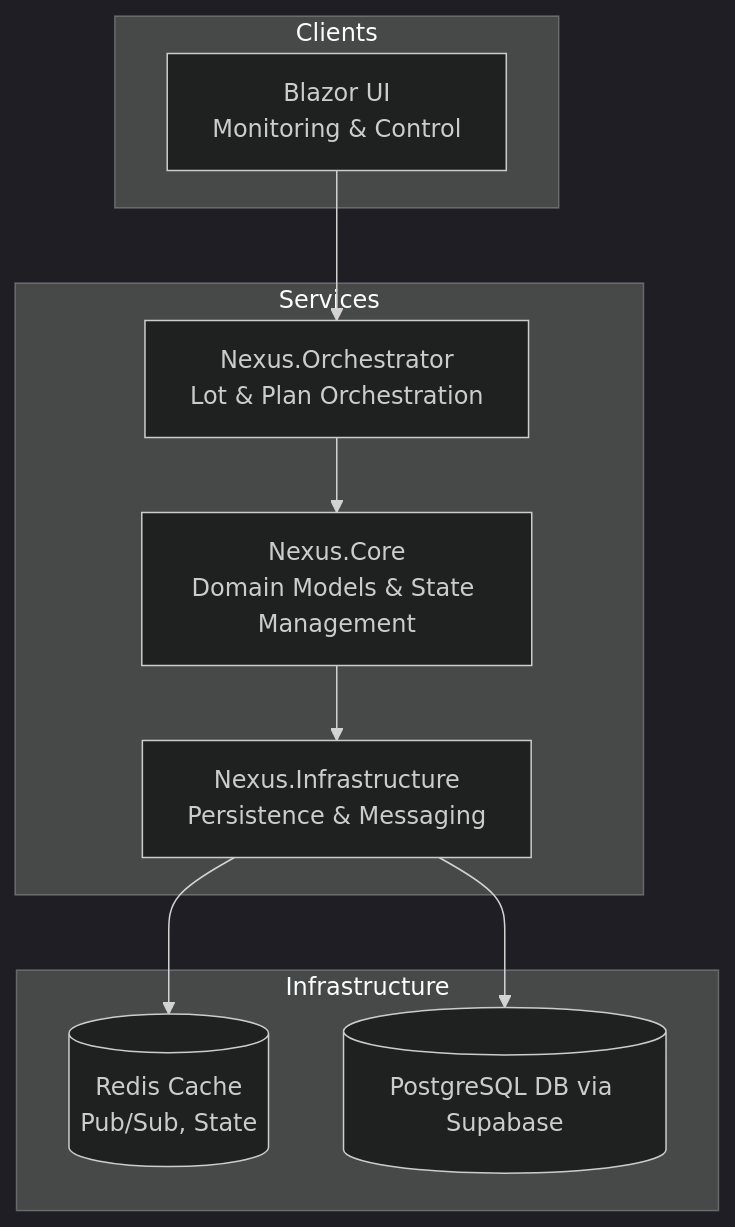
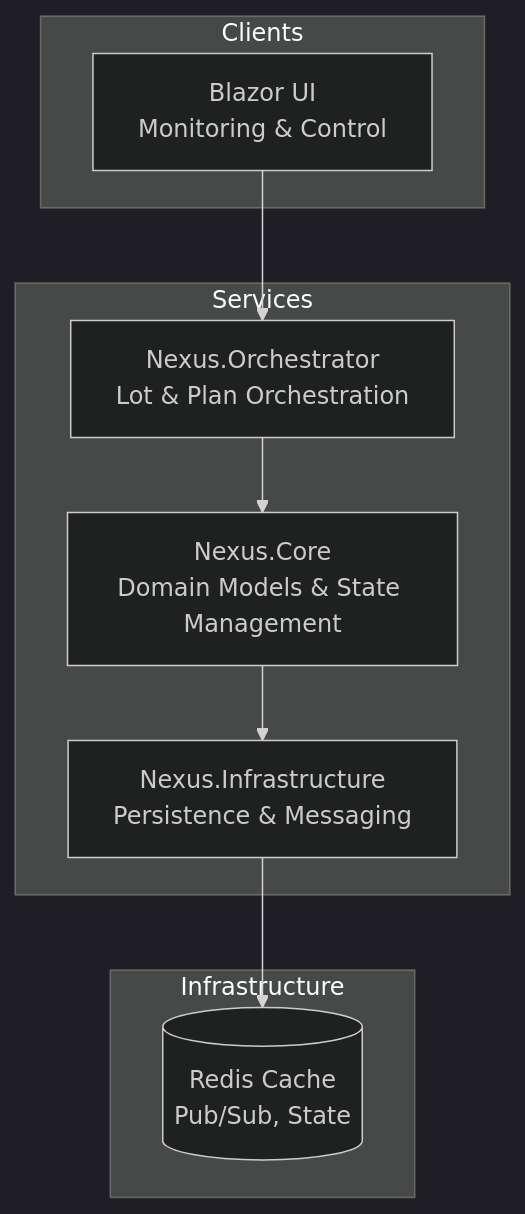
Before and after one commit to seokhoyoun/mcs: the diagram in README.md, drawn with Mermaid (dark theme). The commit also changed other lines of this file and 19 other files, not shown here.

`````diff
--- a/README.md
+++ b/README.md
@@ -23,23 +23,22 @@
 ```mermaid
 graph TD
     subgraph Clients
         UI[Blazor UI<br/>Monitoring & Control]
     end
 
     subgraph Infrastructure
         Redis[(Redis Cache<br/>Pub/Sub, State)]
-        Postgres[(PostgreSQL DB via Supabase)]
     end
 
     subgraph Services
         Orchestrator[Nexus.Orchestrator<br/>Lot & Plan Orchestration]
         Core[Nexus.Core<br/>Domain Models & State Management]
         Infra[Nexus.Infrastructure<br/>Persistence & Messaging]
     end
 
     UI --> Orchestrator
     Orchestrator --> Core
     Core --> Infra
     Infra --> Redis
-    Infra --> Postgres
+    
 ````
`````
